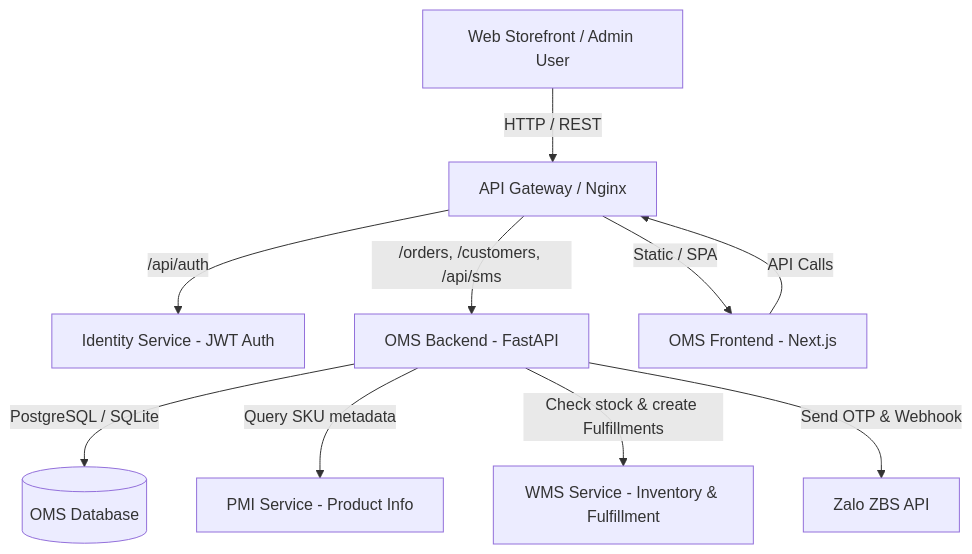
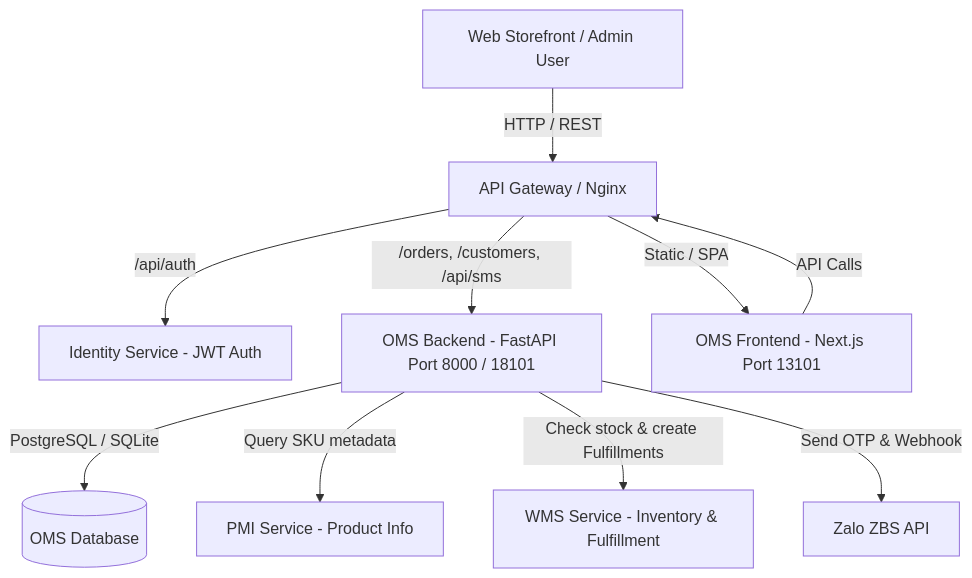
One commit to lupca/topvnsport changed the first of 5 diagrams in docs/ARCHITECTURE.md. Above: the diagram before and after it, drawn with Mermaid. The commit also changed other lines of this file and 4 other files, not shown here.

Commit message:
docs(oms): update documentation to match latest backend spec TOPV-006

````diff
--- a/docs/ARCHITECTURE.md
+++ b/docs/ARCHITECTURE.md
@@ -30,15 +30,15 @@
 ```mermaid
 graph TD
     Client[Web Storefront / Admin User] -->|HTTP / REST| Gateway[API Gateway / Nginx]
     
     Gateway -->|/api/auth| Identity[Identity Service - JWT Auth]
-    Gateway -->|/orders, /customers, /api/sms| OMS_BE[OMS Backend - FastAPI]
-    Gateway -->|Static / SPA| OMS_FE[OMS Frontend - Next.js]
+    Gateway -->|/orders, /customers, /api/sms| OMS_BE[OMS Backend - FastAPI Port 8000 / 18101]
+    Gateway -->|Static / SPA| OMS_FE[OMS Frontend - Next.js Port 13101]
     
     OMS_BE -->|PostgreSQL / SQLite| OMS_DB[(OMS Database)]
     OMS_BE -->|Query SKU metadata| PMI[PMI Service - Product Info]
     OMS_BE -->|Check stock & create Fulfillments| WMS[WMS Service - Inventory & Fulfillment]
     OMS_BE -->|Send OTP & Webhook| Zalo[Zalo ZBS API]
 
     OMS_FE -->|API Calls| Gateway
 ```
````
